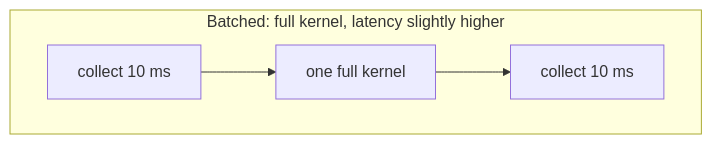
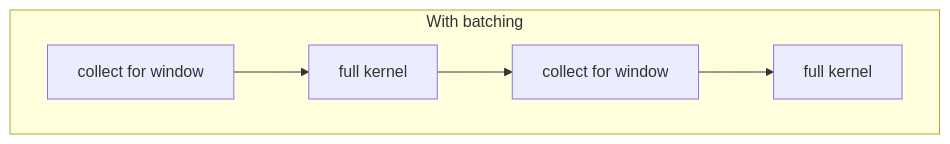
One commit to arpanpathak/cracking-the-systems-programming-interview changed the third of 5 diagrams in systems_design/04-serving-and-artifacts.md. Above: the diagram before and after it, drawn with Mermaid. The commit also changed other lines of this file and 6 other files, not shown here.

````diff
--- a/systems_design/04-serving-and-artifacts.md
+++ b/systems_design/04-serving-and-artifacts.md
@@ -46,7 +42,7 @@
 ```mermaid
 flowchart LR
-    subgraph B2["Batched: full kernel, latency slightly higher"]
+    subgraph B["With batching"]
         direction LR
-        R3["collect 10 ms"] --> G3["one full kernel"] --> R4["collect 10 ms"]
+        B1["collect for window"] --> B2["full kernel"] --> B3["collect for window"] --> B4["full kernel"]
     end
 ```
````
